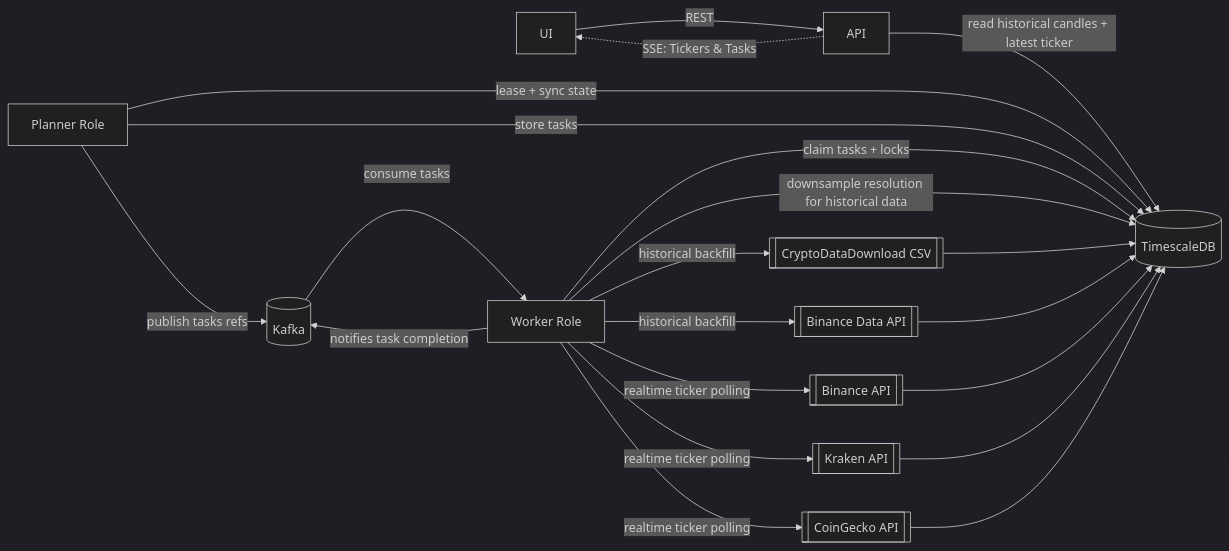
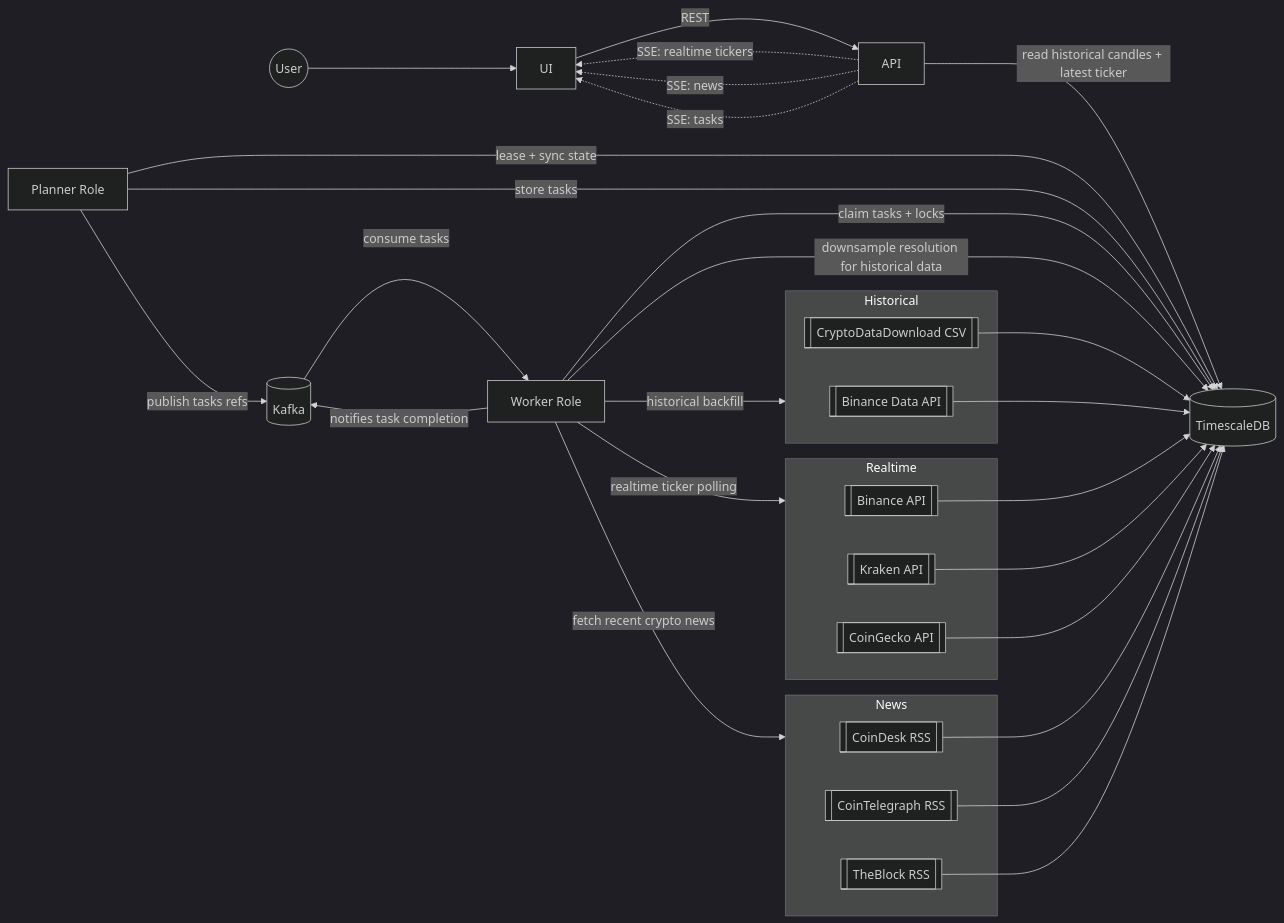
Before and after one commit to block-o/exchangely: the diagram in README.md, drawn with Mermaid (dark theme). The commit also changed other lines of this file and 31 other files, not shown here.

````diff
--- a/README.md
+++ b/README.md
@@ -18,41 +18,58 @@
 ```mermaid
 flowchart LR
-
-    UI[UI]
+    User((User))
+    User --> UI[UI]
     UI -->|REST| API
 
     API[API]
     API -->|read historical candles + latest ticker| TS
-    API -.->|SSE: Tickers & Tasks| UI
+    API -.->|SSE: realtime tickers| UI
+    API -.->|SSE: news| UI
+    API -.->|SSE: tasks| UI
 
     Planner[Planner Role]
     Planner -->|lease + sync state| TS
     Planner -->|store tasks| TS
     Planner -->|publish tasks refs| Kafka
 
     Worker[Worker Role]
     Worker -->|claim tasks + locks| TS
     Worker -->|downsample resolution for historical data| TS
+    Worker -->|fetch recent crypto news| News
     Worker -->|notifies task completion| Kafka
-    Worker -->|realtime ticker polling| Kraken & CoinGecko & Binance
-    Worker -->|historical backfill| BinanceData & CryptoDataDownload
+    Worker -->|realtime ticker polling| Realtime
+    Worker -->|historical backfill| Historical
 
-    CryptoDataDownload[[CryptoDataDownload CSV]]
+    subgraph Historical
+        BinanceData[[Binance Data API]]
+        CryptoDataDownload[[CryptoDataDownload CSV]]
+    end
+    
     CryptoDataDownload --> TS
+    BinanceData --> TS
 
-    BinanceData[[Binance Data API]]
-    BinanceData --> TS
-    Binance[[Binance API]]
+    subgraph Realtime
+        Binance[[Binance API]]
+        Kraken[[Kraken API]]
+        CoinGecko[[CoinGecko API]]
+    end
+
+    subgraph News
+        CoinDesk[[CoinDesk RSS]]
+        CoinTelegraph[[CoinTelegraph RSS]]
+        TheBlock[[TheBlock RSS]]
+    end 
+
     Binance --> TS
-    Kraken[[Kraken API]]
     Kraken --> TS
-    CoinGecko[[CoinGecko API]]
     CoinGecko --> TS
 
+    CoinDesk --> TS
+    CoinTelegraph --> TS
+    TheBlock --> TS
 
     Kafka[(Kafka)]
     Kafka -->|consume tasks| Worker
 
     TS[(TimescaleDB)]
-
 ```
````
